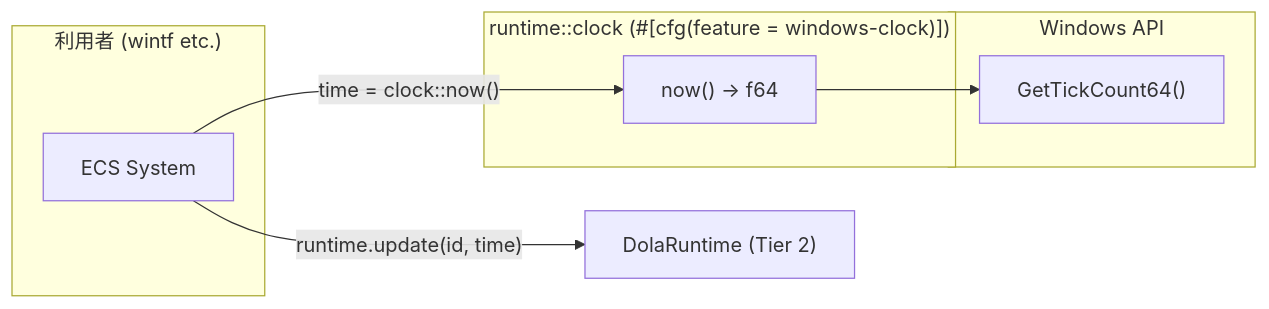
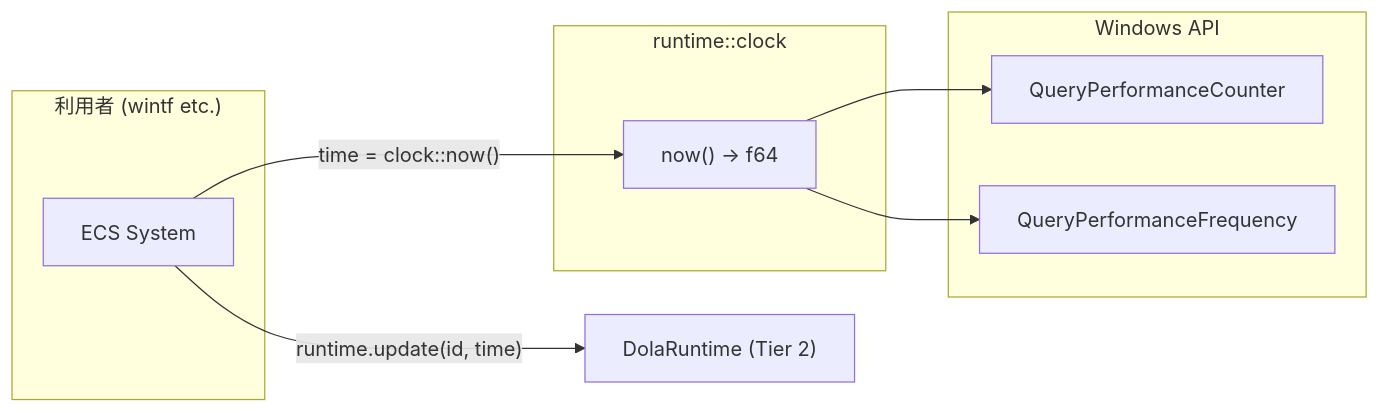
One commit to ekicyou/areka changed the diagram in .kiro/specs/dola-runtime-2-clock/design.md. Above: the diagram before and after it, drawn with Mermaid. The commit also changed other lines of this file and 6 other files, not shown here.

First line of the commit message:
docs(spec): dola-runtime-2-clock 設計ドキュメント生成

````diff
--- a/.kiro/specs/dola-runtime-2-clock/design.md
+++ b/.kiro/specs/dola-runtime-2-clock/design.md
@@ -29,18 +31,20 @@
 ```mermaid
 graph LR
     subgraph User["利用者 (wintf etc.)"]
         Consumer[ECS System]
     end
 
-    subgraph Clock["runtime::clock (#[cfg(feature = windows-clock)])"]
+    subgraph Clock["runtime::clock"]
         Now["now() -> f64"]
     end
 
     subgraph Win32["Windows API"]
-        GTC["GetTickCount64()"]
+        QPC["QueryPerformanceCounter"]
+        QPF["QueryPerformanceFrequency"]
     end
 
     Consumer -->|"time = clock::now()"| Now
-    Now --> GTC
+    Now --> QPC
+    Now --> QPF
     Consumer -->|"runtime.update(id, time)"| Facade["DolaRuntime (Tier 2)"]
 ```
````
